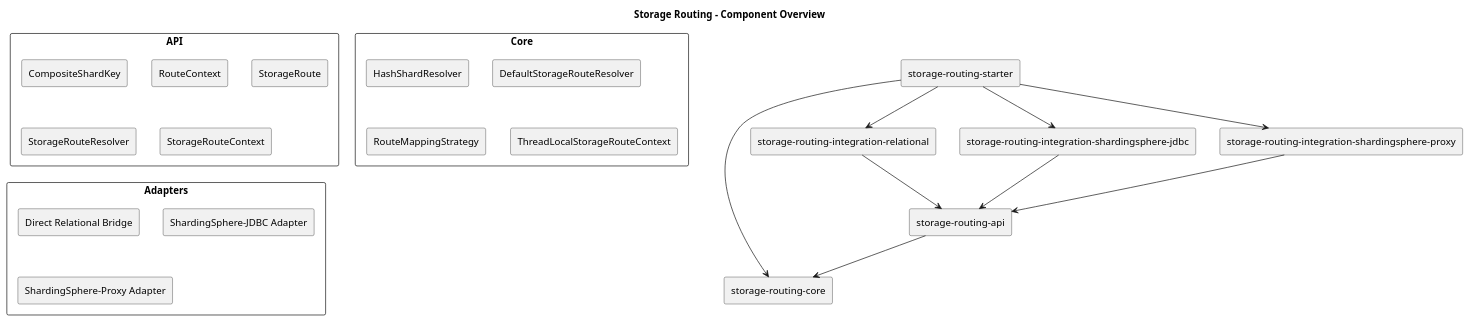
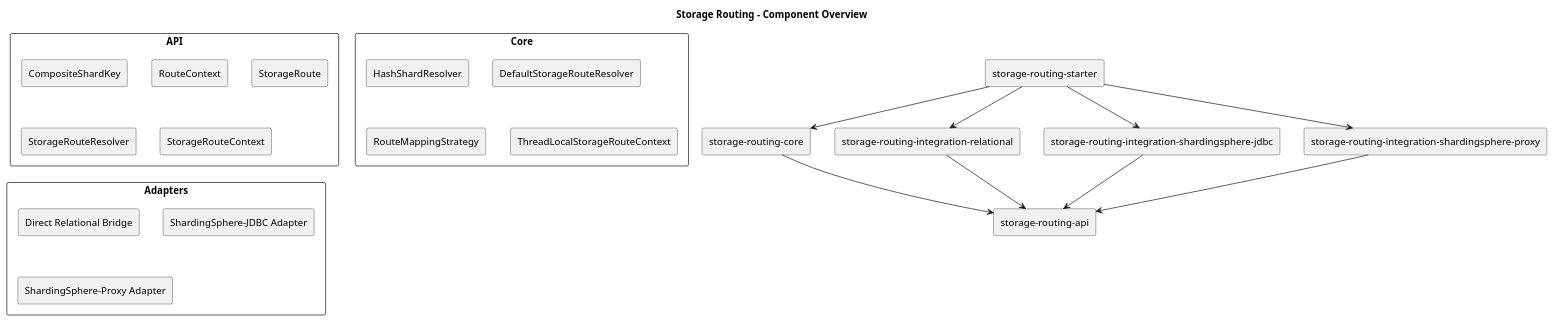
One commit to pbxjtumse/iron-components-java changed the diagram in component/storage-routing-component/docs/component/00-storage-routing-overview.puml. Above: the diagram before and after it, drawn with PlantUML. The commit also changed 7 other files, not shown here.

```diff
--- a/component/storage-routing-component/docs/component/00-storage-routing-overview.puml
+++ b/component/storage-routing-component/docs/component/00-storage-routing-overview.puml
@@ -1,30 +1,30 @@
 @startuml
 title Storage Routing - Component Overview
 skinparam componentStyle rectangle
-[storage-routing-api] --> [storage-routing-core]
+[storage-routing-core] --> [storage-routing-api]
 [storage-routing-integration-relational] --> [storage-routing-api]
 [storage-routing-integration-shardingsphere-jdbc] --> [storage-routing-api]
 [storage-routing-integration-shardingsphere-proxy] --> [storage-routing-api]
 [storage-routing-starter] --> [storage-routing-core]
 [storage-routing-starter] --> [storage-routing-integration-relational]
 [storage-routing-starter] --> [storage-routing-integration-shardingsphere-jdbc]
 [storage-routing-starter] --> [storage-routing-integration-shardingsphere-proxy]
 rectangle "API" {
  [CompositeShardKey]
  [RouteContext]
  [StorageRoute]
  [StorageRouteResolver]
  [StorageRouteContext]
 }
 rectangle "Core" {
  [HashShardResolver]
  [DefaultStorageRouteResolver]
  [RouteMappingStrategy]
  [ThreadLocalStorageRouteContext]
 }
 rectangle "Adapters" {
  [Direct Relational Bridge]
  [ShardingSphere-JDBC Adapter]
  [ShardingSphere-Proxy Adapter]
 }
 @enduml
```
